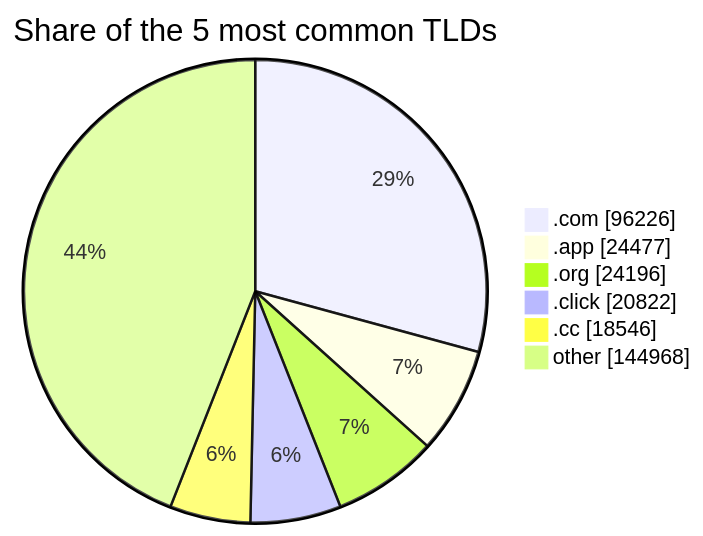
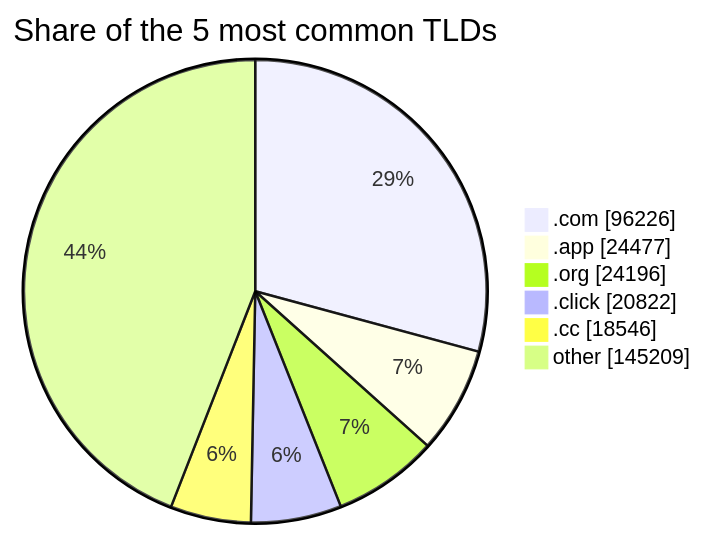
Before and after one commit to DNSBunker/CTI: the third of 3 diagrams in README.md, drawn with Mermaid. The commit also changed other lines of this file and 4 other files, not shown here.

````diff
--- a/README.md
+++ b/README.md
@@ -81,9 +81,9 @@
 ```mermaid
 pie showData title Share of the 5 most common TLDs
     ".com" : 96226
     ".app" : 24477
     ".org" : 24196
     ".click" : 20822
     ".cc" : 18546
-    "other" : 144968
+    "other" : 145209
 ```
````
